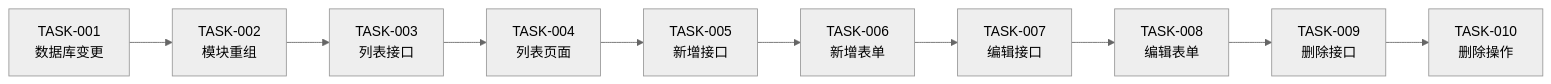
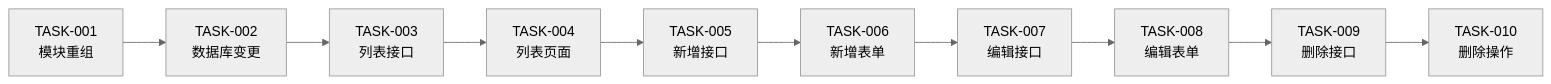
Before and after one commit to THZSummer/open-app: the diagram in .sddu/specs-tree-root/specs-tree-ability-embedding/specs-tree-embedding-platform/tasks.md, drawn with Mermaid (neutral theme). The commit also changed other lines of this file and 32 other files, not shown here.

````diff
--- a/.sddu/specs-tree-root/specs-tree-ability-embedding/specs-tree-embedding-platform/tasks.md
+++ b/.sddu/specs-tree-root/specs-tree-ability-embedding/specs-tree-embedding-platform/tasks.md
@@ -28,12 +28,12 @@
 ```mermaid
 graph LR
-    T001["TASK-001<br/>数据库变更"] --> T002["TASK-002<br/>模块重组"]
+    T001["TASK-001<br/>模块重组"] --> T002["TASK-002<br/>数据库变更"]
     T002 --> T003["TASK-003<br/>列表接口"]
     T003 --> T004["TASK-004<br/>列表页面"]
     T004 --> T005["TASK-005<br/>新增接口"]
     T005 --> T006["TASK-006<br/>新增表单"]
     T006 --> T007["TASK-007<br/>编辑接口"]
     T007 --> T008["TASK-008<br/>编辑表单"]
     T008 --> T009["TASK-009<br/>删除接口"]
     T009 --> T010["TASK-010<br/>删除操作"]
 ```
````
